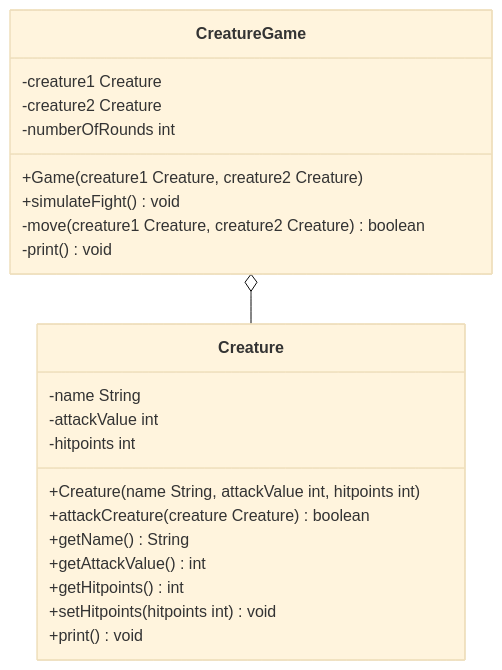
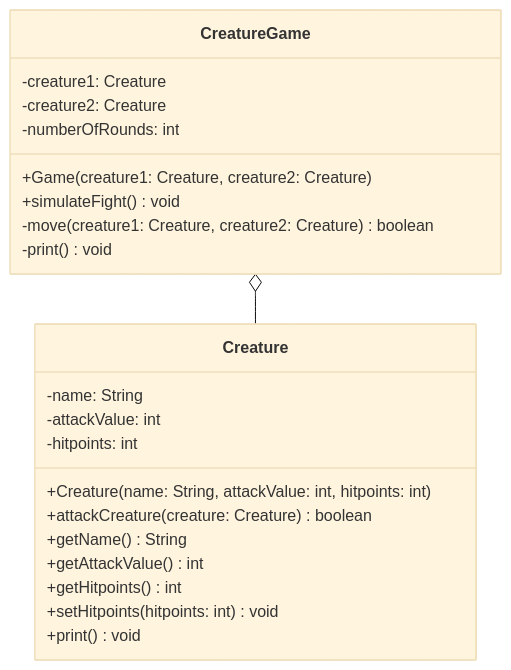
One commit to jappuccini/java-docs changed the diagram in docs/exercises/uml/class-diagrams03.mdx. Above: the diagram before and after it, drawn with Mermaid (base theme). The commit also changed other lines of this file and 76 other files, not shown here.

Commit message:
uml fixes (colons, properties), headline fixes (italic) and exam result updates

````diff
--- a/docs/exercises/uml/class-diagrams03.mdx
+++ b/docs/exercises/uml/class-diagrams03.mdx
@@ -15,27 +15,27 @@
 ```mermaid
 classDiagram
     CreatureGame o-- Creature
 
     class CreatureGame {
-        -creature1 Creature
-        -creature2 Creature
-        -numberOfRounds int
-        +Game(creature1 Creature, creature2 Creature)
+        -creature1: Creature
+        -creature2: Creature
+        -numberOfRounds: int
+        +Game(creature1: Creature, creature2: Creature)
         +simulateFight() void
-        -move(creature1 Creature, creature2 Creature) boolean
+        -move(creature1: Creature, creature2: Creature) boolean
         -print() void
     }
 
     class Creature {
-        -name String
-        -attackValue int
-        -hitpoints int
-        +Creature(name String, attackValue int, hitpoints int)
-        +attackCreature(creature Creature) boolean
+        -name: String
+        -attackValue: int
+        -hitpoints: int
+        +Creature(name: String, attackValue: int, hitpoints: int)
+        +attackCreature(creature: Creature) boolean
         +getName() String
         +getAttackValue() int
         +getHitpoints() int
-        +setHitpoints(hitpoints int) void
+        +setHitpoints(hitpoints: int) void
         +print() void
     }
 ```
````
